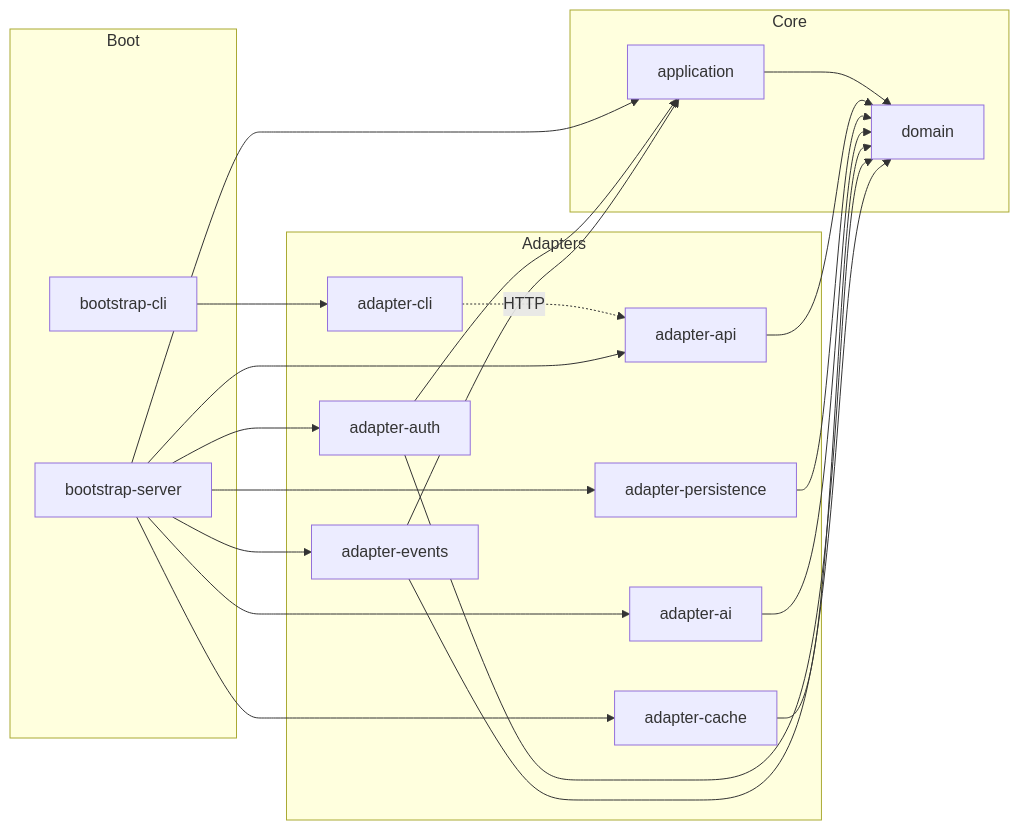
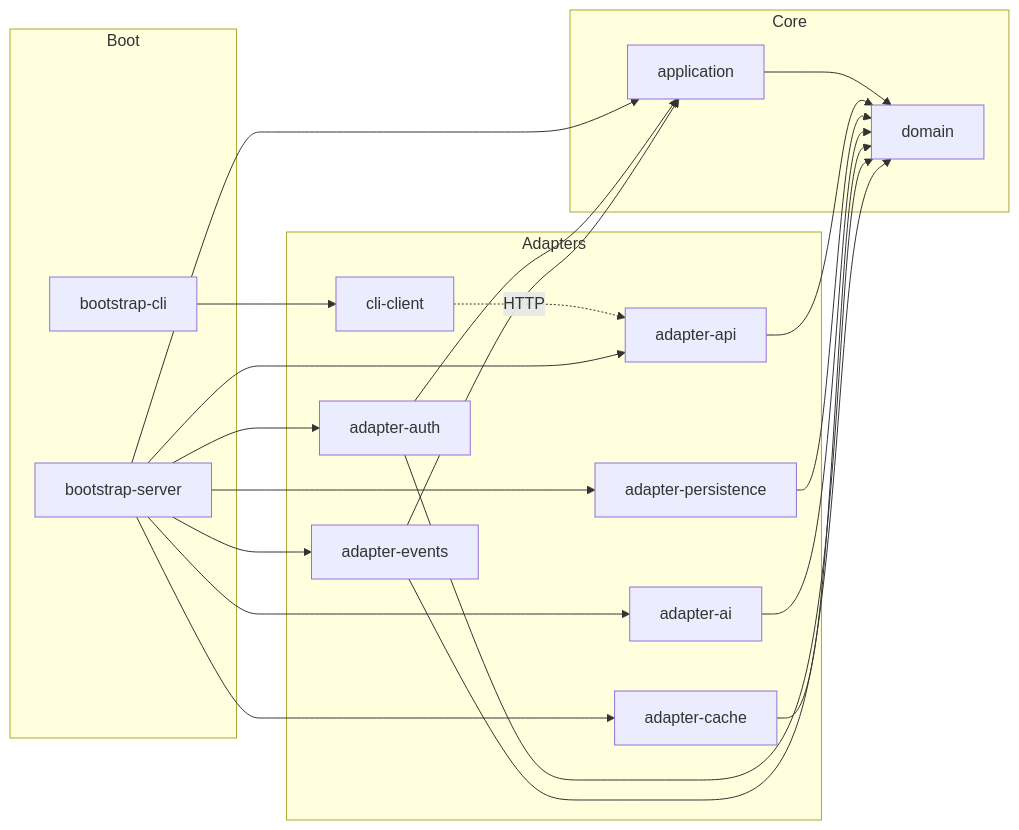
Before and after one commit to JuanPabloJimenezEsclusa/alexandra-job-tracker: the first of 3 diagrams in README.md, drawn with Mermaid. The commit also changed other lines of this file and 24 other files, not shown here.

First line of the commit message:
chore(adapter): rename adapter-cli module to cli-client (#94)

````diff
--- a/README.md
+++ b/README.md
@@ -94,29 +94,29 @@
 ```mermaid
 flowchart LR
   subgraph bootstrap [Boot]
     bootstrap-server
     bootstrap-cli
   end
 
   subgraph core [Core]
     domain
     application
   end
 
   subgraph adapters [Adapters]
     adapter-api
     adapter-auth
     adapter-persistence
     adapter-ai
     adapter-cache
-    adapter-cli
+    cli-client
     adapter-events
   end
 
   application --> domain
-  adapter-cli -.-> |HTTP| adapter-api
+  cli-client -.-> |HTTP| adapter-api
   bootstrap-server --> adapter-api & application & adapter-persistence & adapter-ai & adapter-cache & adapter-auth & adapter-events
   adapter-api & adapter-persistence & adapter-ai & adapter-cache & adapter-auth & adapter-events --> domain
   adapter-auth & adapter-events --> application
-  bootstrap-cli --> adapter-cli
+  bootstrap-cli --> cli-client
 ```
````
